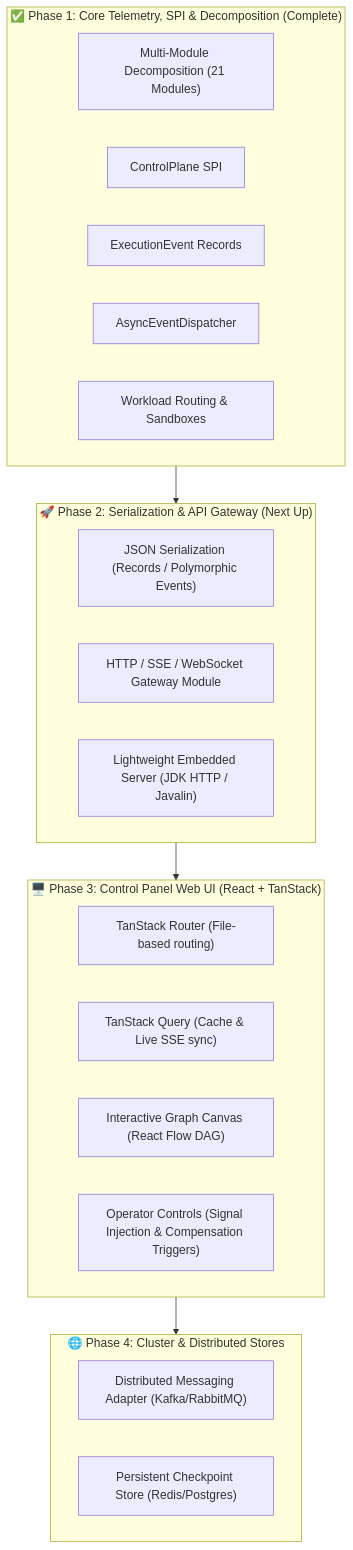
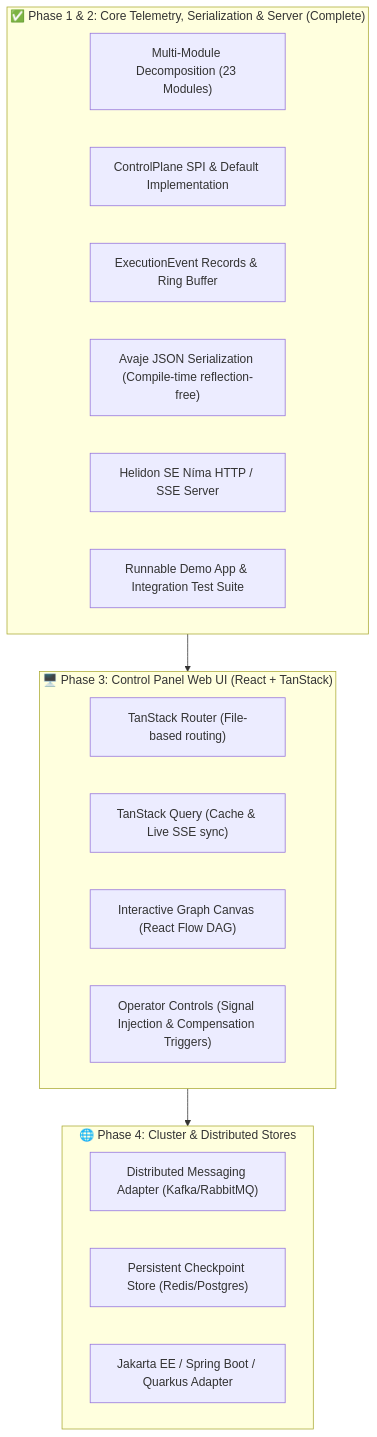
The diagram in NEXT_STEPS.md (f442y/dispersion), drawn with Mermaid before and after one commit. The commit also changed other lines of this file and 44 other files, not shown here.

First line of the commit message:
feat: add serialization, standalone helidon server, and runnable demo app

````diff
--- a/NEXT_STEPS.md
+++ b/NEXT_STEPS.md
@@ -55,32 +64,27 @@
 ```mermaid
 flowchart TD
-    subgraph Done["✅ Phase 1: Core Telemetry, SPI & Decomposition (Complete)"]
-        DEC["Multi-Module Decomposition (21 Modules)"]
-        CP["ControlPlane SPI"]
-        EE["ExecutionEvent Records"]
-        DISP["AsyncEventDispatcher"]
-        ROUT["Workload Routing & Sandboxes"]
-    end
-
-    subgraph Next["🚀 Phase 2: Serialization & API Gateway (Next Up)"]
-        SER["JSON Serialization (Records / Polymorphic Events)"]
-        EP["HTTP / SSE / WebSocket Gateway Module"]
-        CLI["Lightweight Embedded Server (JDK HTTP / Javalin)"]
+    subgraph Done["✅ Phase 1 & 2: Core Telemetry, Serialization & Server (Complete)"]
+        DEC["Multi-Module Decomposition (23 Modules)"]
+        CP["ControlPlane SPI & Default Implementation"]
+        EE["ExecutionEvent Records & Ring Buffer"]
+        SER["Avaje JSON Serialization (Compile-time reflection-free)"]
+        SERV["Helidon SE Níma HTTP / SSE Server"]
+        DEMO["Runnable Demo App & Integration Test Suite"]
     end
 
     subgraph UI["🖥️ Phase 3: Control Panel Web UI (React + TanStack)"]
         ROUTER["TanStack Router (File-based routing)"]
         QUERY["TanStack Query (Cache & Live SSE sync)"]
         GRAPH["Interactive Graph Canvas (React Flow DAG)"]
         CTRL["Operator Controls (Signal Injection & Compensation Triggers)"]
     end
 
     subgraph Dist["🌐 Phase 4: Cluster & Distributed Stores"]
         KAFKA["Distributed Messaging Adapter (Kafka/RabbitMQ)"]
         REDIS["Persistent Checkpoint Store (Redis/Postgres)"]
+        JAKARTA["Jakarta EE / Spring Boot / Quarkus Adapter"]
     end
 
-    Done --> Next
-    Next --> UI
+    Done --> UI
     UI --> Dist
 ```
````
